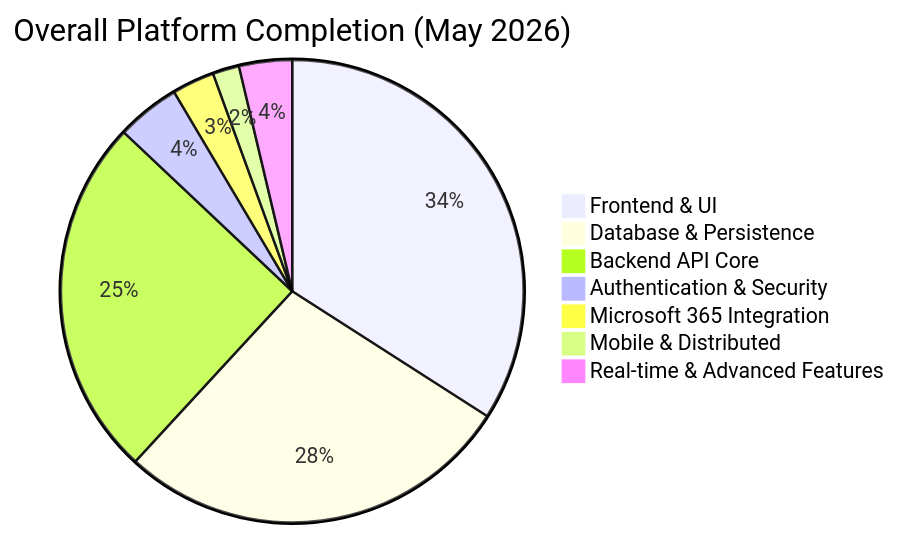
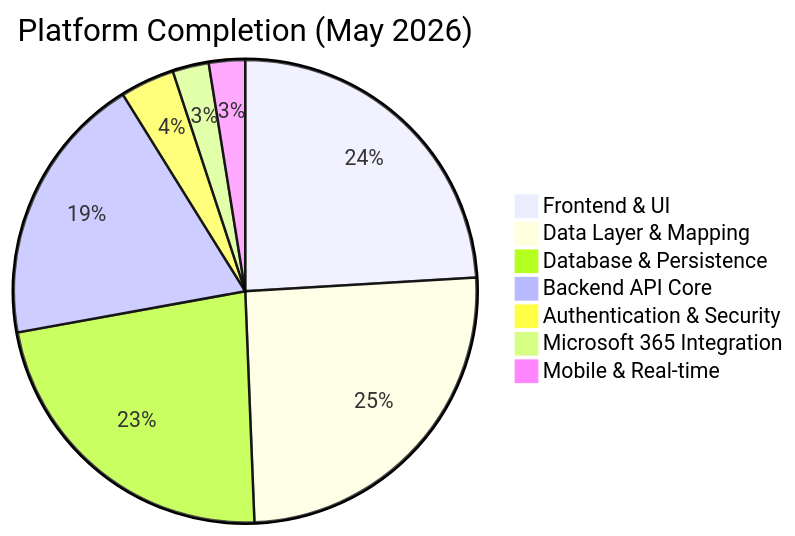
Before and after one commit to iceccarelli/bahn-project-manager: the first of 4 diagrams in README.md, drawn with Mermaid. The commit also changed other lines of this file, not shown here.

````diff
--- a/README.md
+++ b/README.md
@@ -55,10 +56,10 @@
 ```mermaid
-pie title Overall Platform Completion (May 2026)
-    "Frontend & UI" : 92
-    "Database & Persistence" : 75
-    "Backend API Core" : 68
-    "Authentication & Security" : 12
-    "Microsoft 365 Integration" : 8
-    "Mobile & Distributed" : 5
-    "Real-time & Advanced Features" : 10
+pie title Platform Completion (May 2026)
+    "Frontend & UI" : 95
+    "Data Layer & Mapping" : 100
+    "Database & Persistence" : 90
+    "Backend API Core" : 75
+    "Authentication & Security" : 15
+    "Microsoft 365 Integration" : 10
+    "Mobile & Real-time" : 10
 ```
````
